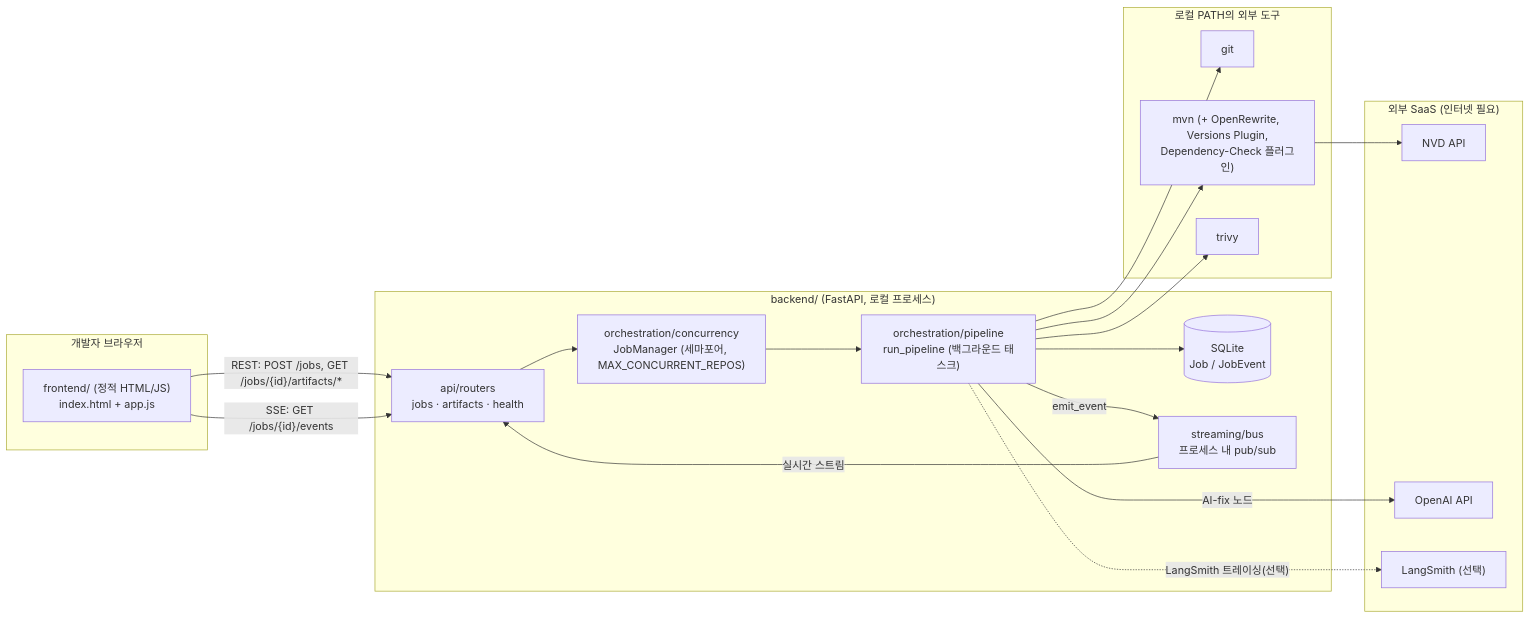
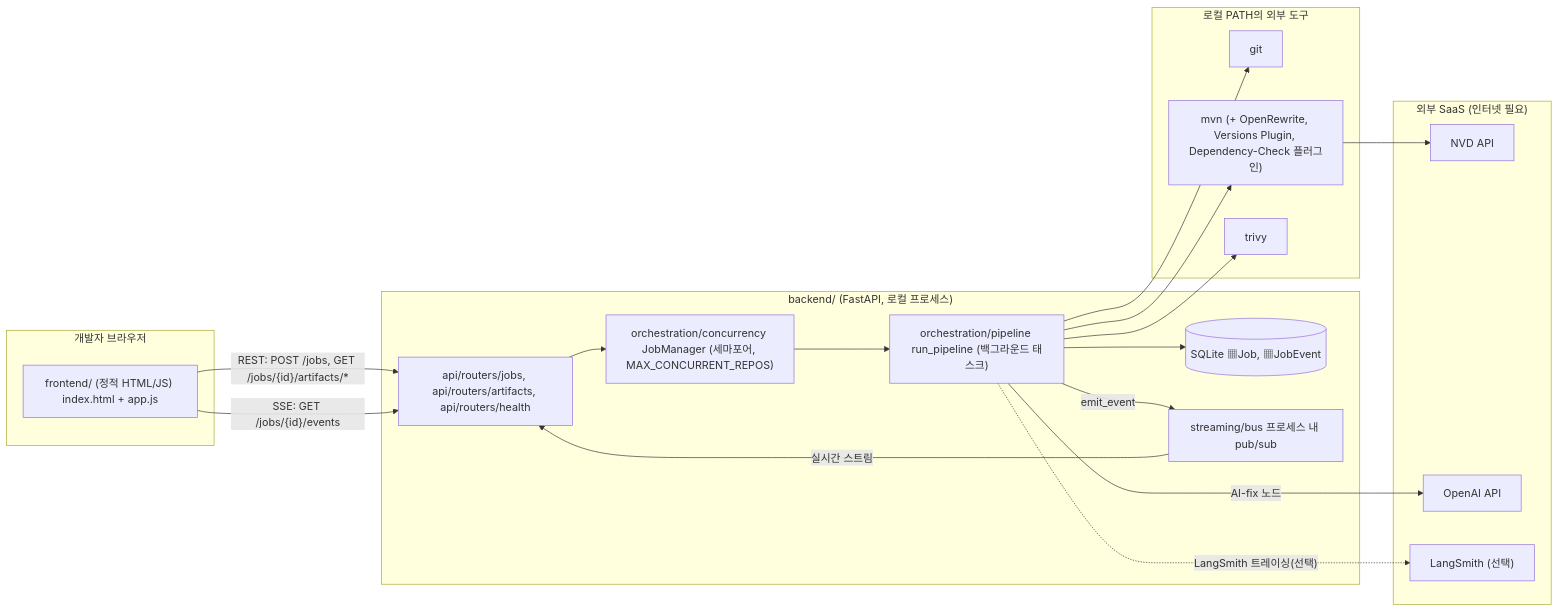
One commit to jinfromkorea/poc-5th-started-brainstorming changed the first of 6 diagrams in docs/architecture.md. Above: the diagram before and after it, drawn with Mermaid. The commit also changed other lines of this file and 52 other files, not shown here.

````diff
--- a/docs/architecture.md
+++ b/docs/architecture.md
@@ -46,39 +49,39 @@
 ```mermaid
 flowchart LR
     subgraph Browser["개발자 브라우저"]
-        FE["frontend/ (정적 HTML/JS)\nindex.html + app.js"]
+        FE["frontend/ (정적 HTML/JS) index.html + app.js"]
     end
 
     subgraph Backend["backend/ (FastAPI, 로컬 프로세스)"]
-        API["api/routers\njobs · artifacts · health"]
-        JM["orchestration/concurrency\nJobManager (세마포어, MAX_CONCURRENT_REPOS)"]
-        PIPE["orchestration/pipeline\nrun_pipeline (백그라운드 태스크)"]
-        DB[("SQLite\nJob / JobEvent")]
-        BUS["streaming/bus\n프로세스 내 pub/sub"]
+        API["api/routers/jobs, api/routers/artifacts, api/routers/health"]
+        JM["orchestration/concurrency JobManager (세마포어, MAX_CONCURRENT_REPOS)"]
+        PIPE["orchestration/pipeline run_pipeline (백그라운드 태스크)"]
+        DB[("SQLite ▦Job, ▦JobEvent")]
+        BUS["streaming/bus 프로세스 내 pub/sub"]
     end
 
     subgraph External["로컬 PATH의 외부 도구"]
         GIT["git"]
-        MVN["mvn (+ OpenRewrite, Versions Plugin,\nDependency-Check 플러그인)"]
+        MVN["mvn (+ OpenRewrite, Versions Plugin, Dependency-Check 플러그인)"]
         TRIVY["trivy"]
     end
 
     subgraph SaaS["외부 SaaS (인터넷 필요)"]
         NVD["NVD API"]
         OPENAI["OpenAI API"]
         LS["LangSmith (선택)"]
     end
 
     FE -- "REST: POST /jobs, GET /jobs/{id}/artifacts/*" --> API
     FE -- "SSE: GET /jobs/{id}/events" --> API
     API --> JM --> PIPE
     PIPE --> DB
     PIPE -- emit_event --> BUS
     BUS -- 실시간 스트림 --> API
     PIPE --> GIT
     PIPE --> MVN
     PIPE --> TRIVY
     MVN --> NVD
     PIPE -- "AI-fix 노드" --> OPENAI
     PIPE -.LangSmith 트레이싱(선택).-> LS
 ```
````
